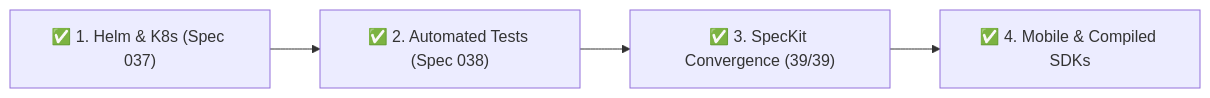
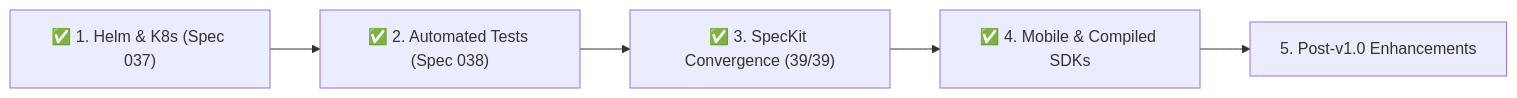
One commit to malah-code/flagmanagment changed the diagram in docs/PROJECT_STATUS.md. Above: the diagram before and after it, drawn with Mermaid. The commit also changed other lines of this file, not shown here.

Commit message:
docs: add Phase 5 post-v1.0 enterprise enhancements roadmap

````diff
--- a/docs/PROJECT_STATUS.md
+++ b/docs/PROJECT_STATUS.md
@@ -123,6 +123,7 @@
 ```mermaid
 flowchart LR
     P1["✅ 1. Helm & K8s (Spec 037)"] --> P2["✅ 2. Automated Tests (Spec 038)"]
     P2 --> P3["✅ 3. SpecKit Convergence (39/39)"]
     P3 --> P4["✅ 4. Mobile & Compiled SDKs"]
+    P4 --> P5["5. Post-v1.0 Enhancements"]
 ```
````
